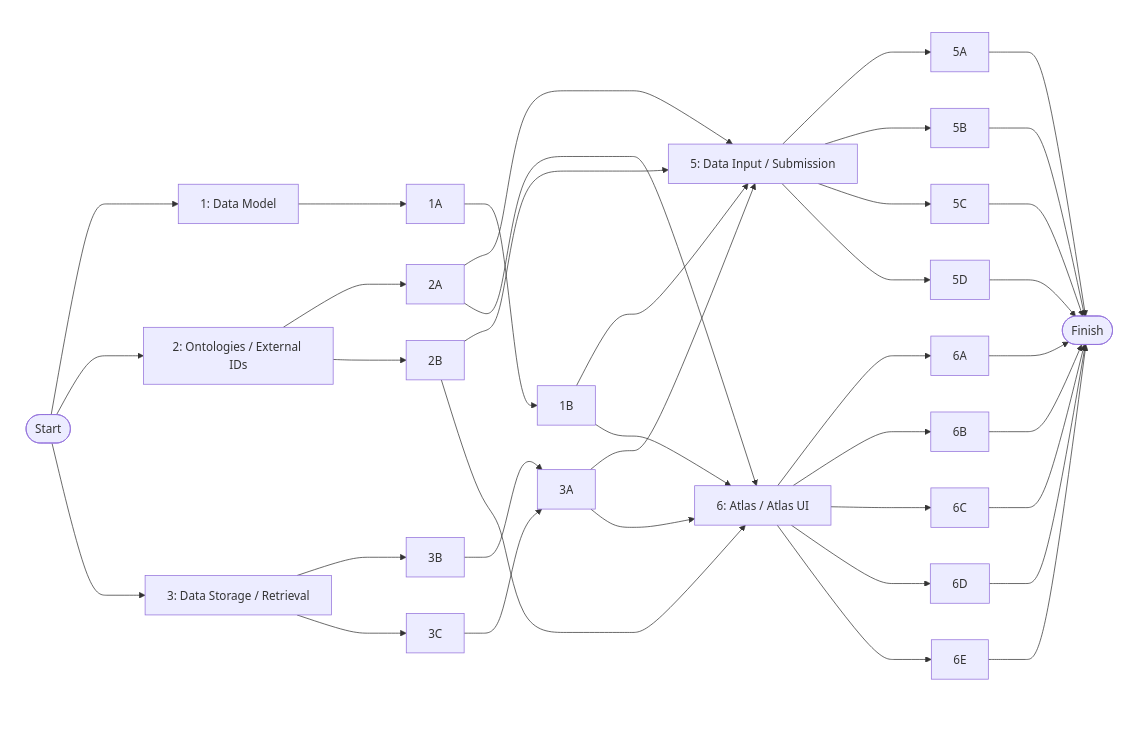
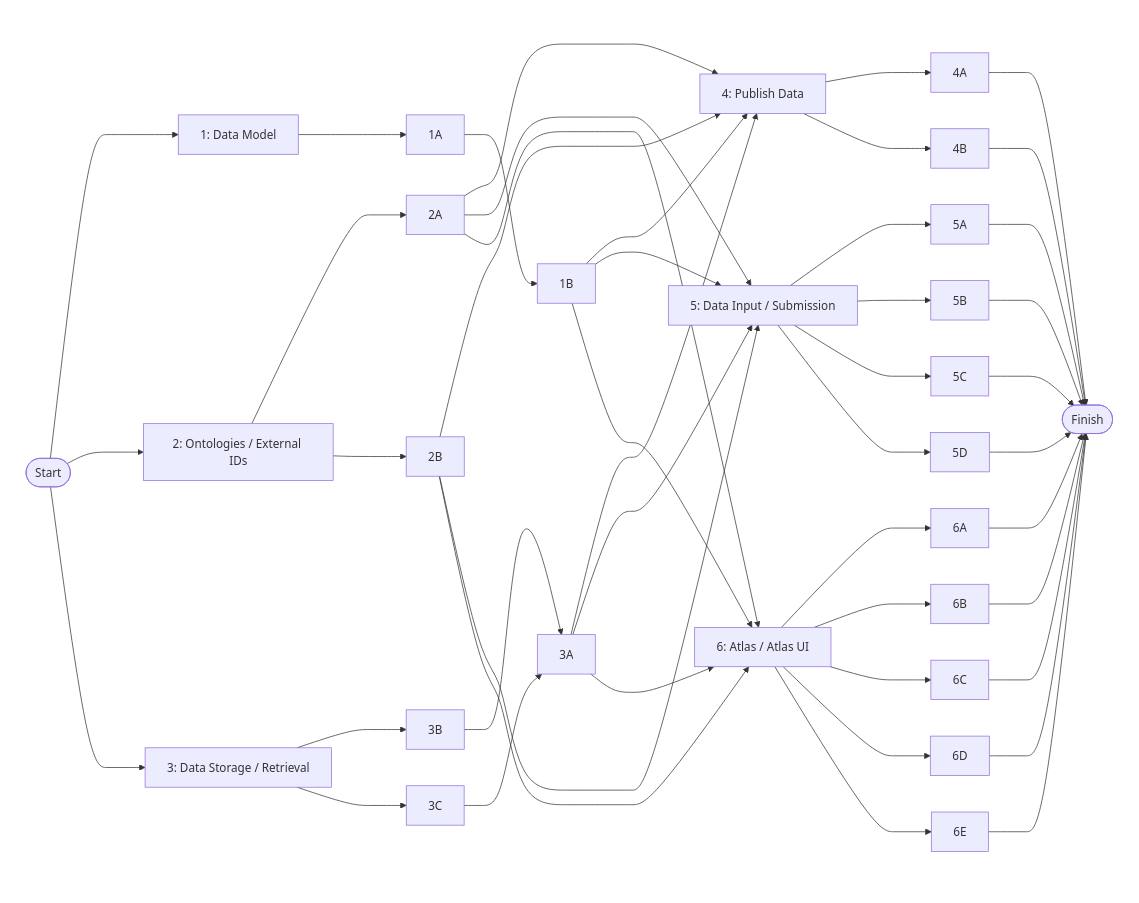
The ninth of 9 diagrams in README.md (zappfish/zapp-requirements-tracker), drawn with Mermaid before and after one commit.

Commit message:
Add Publish Data (#44) and its sub-requirements to network diagram

```diff
--- a/README.md
+++ b/README.md
@@ -407,6 +407,7 @@
         R3A["3A"]
     end
     subgraph col4[" "]
+        R4["4: Publish Data"]
         R5["5: Data Input / Submission"]
         R6["6: Atlas / Atlas UI"]
     end
@@ -415,6 +416,8 @@
         R5B["5B"]
         R5C["5C"]
         R5D["5D"]
+        R4A["4A"]
+        R4B["4B"]
         R6A["6A"]
         R6B["6B"]
         R6C["6C"]
@@ -440,12 +443,16 @@
     R3B --> R3A
     R3C --> R3A
 
+    R1B --> R4
     R1B --> R5
     R1B --> R6
+    R2A --> R4
     R2A --> R5
     R2A --> R6
+    R2B --> R4
     R2B --> R5
     R2B --> R6
+    R3A --> R4
     R3A --> R5
     R3A --> R6
 
@@ -454,12 +461,17 @@
     R5 --> R5C
     R5 --> R5D
 
+    R4 --> R4A
+    R4 --> R4B
+
     R6 --> R6A
     R6 --> R6B
     R6 --> R6C
     R6 --> R6D
     R6 --> R6E
 
+    R4A --> Finish
+    R4B --> Finish
     R5A --> Finish
     R5B --> Finish
     R5C --> Finish
@@ -488,6 +500,9 @@
     click R3A href "https://github.com/zappfish/zapp-requirements-tracker/issues/33" _blank
     click R3B href "https://github.com/zappfish/zapp-requirements-tracker/issues/36" _blank
     click R3C href "https://github.com/zappfish/zapp-requirements-tracker/issues/42" _blank
+    click R4 href "https://github.com/zappfish/zapp-requirements-tracker/issues/44" _blank
+    click R4A href "https://github.com/zappfish/zapp-requirements-tracker/issues/45" _blank
+    click R4B href "https://github.com/zappfish/zapp-requirements-tracker/issues/46" _blank
     click R5 href "https://github.com/zappfish/zapp-requirements-tracker/issues/49" _blank
     click R6 href "https://github.com/zappfish/zapp-requirements-tracker/issues/72" _blank
     click R5A href "https://github.com/zappfish/zapp-requirements-tracker/issues/50" _blank
```
